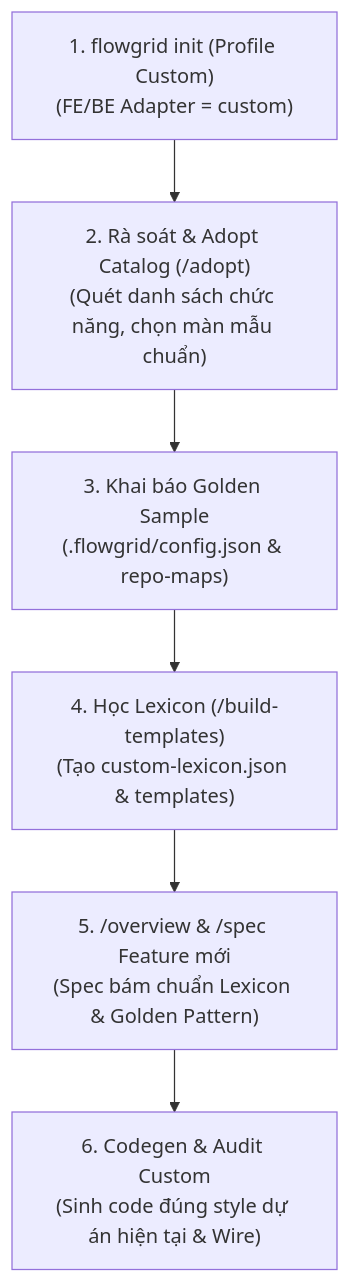
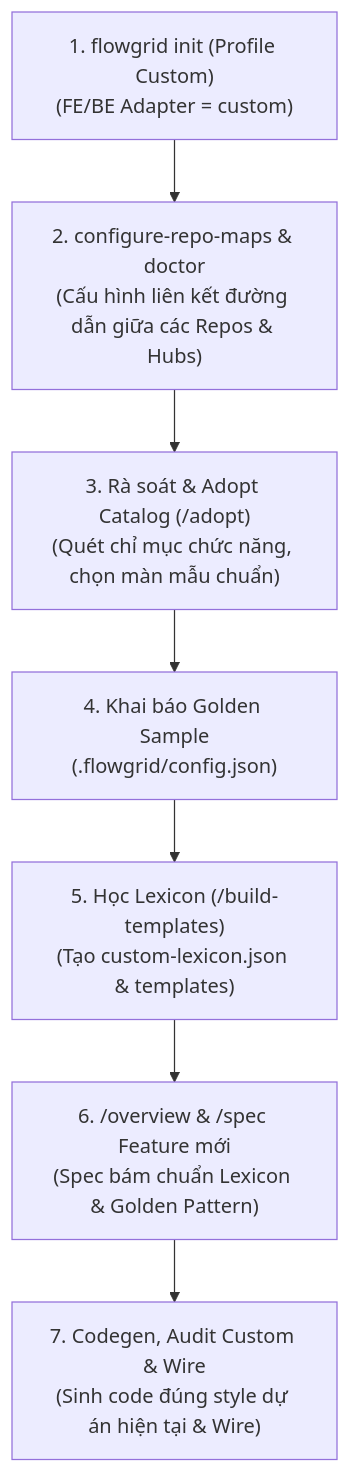
One commit to ShanYuCoder/flowgrid-docs changed the third of 3 diagrams in workflows/use-cases-guide.md. Above: the diagram before and after it, drawn with Mermaid. The commit also changed other lines of this file and 11 other files, not shown here.

````diff
--- a/workflows/use-cases-guide.md
+++ b/workflows/use-cases-guide.md
@@ -145,8 +161,9 @@
 ```mermaid
 flowchart TD
-  A["1. flowgrid init (Profile Custom)<br/>(FE/BE Adapter = custom)"] --> B["2. Rà soát & Adopt Catalog (/adopt)<br/>(Quét danh sách chức năng, chọn màn mẫu chuẩn)"]
-  B --> C["3. Khai báo Golden Sample<br/>(.flowgrid/config.json & repo-maps)"]
-  C --> D["4. Học Lexicon (/build-templates)<br/>(Tạo custom-lexicon.json & templates)"]
-  D --> E["5. /overview & /spec Feature mới<br/>(Spec bám chuẩn Lexicon & Golden Pattern)"]
-  E --> F["6. Codegen & Audit Custom<br/>(Sinh code đúng style dự án hiện tại & Wire)"]
+  A["1. flowgrid init (Profile Custom)<br/>(FE/BE Adapter = custom)"] --> B["2. configure-repo-maps & doctor<br/>(Cấu hình liên kết đường dẫn giữa các Repos & Hubs)"]
+  B --> C["3. Rà soát & Adopt Catalog (/adopt)<br/>(Quét chỉ mục chức năng, chọn màn mẫu chuẩn)"]
+  C --> D["4. Khai báo Golden Sample<br/>(.flowgrid/config.json)"]
+  D --> E["5. Học Lexicon (/build-templates)<br/>(Tạo custom-lexicon.json & templates)"]
+  E --> F["6. /overview & /spec Feature mới<br/>(Spec bám chuẩn Lexicon & Golden Pattern)"]
+  F --> G["7. Codegen, Audit Custom & Wire<br/>(Sinh code đúng style dự án hiện tại & Wire)"]
 ```
````
